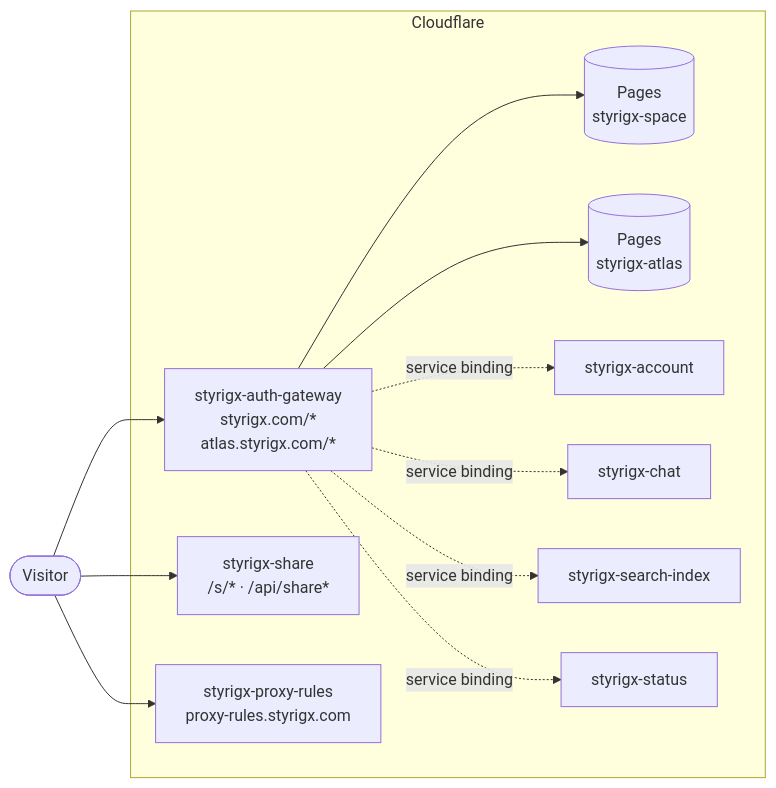
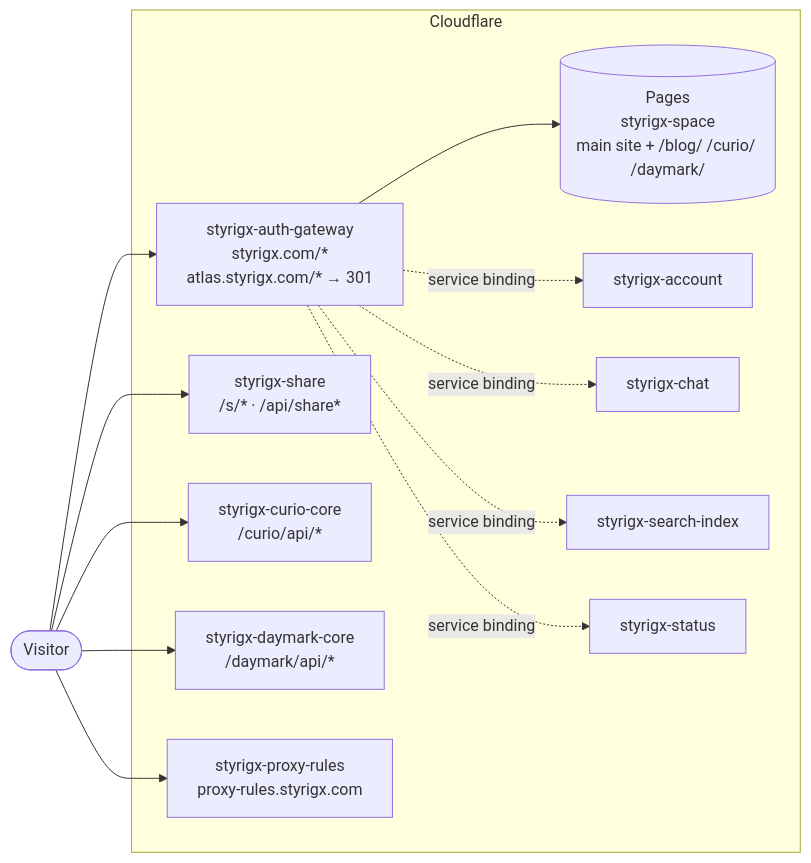
Before and after one commit to styrigx/styrigx-space: the diagram in README.en.md, drawn with Mermaid. The commit also changed other lines of this file and 104 other files, not shown here.

First line of the commit message:
feat: 合并 PR3：三站由网关按 styrigx.com/<站>/ 前缀分发，atlas.styrigx.com 301，接口 Worker 挂主域名

````diff
--- a/README.en.md
+++ b/README.en.md
@@ -70,17 +70,20 @@
 ```mermaid
 flowchart LR
   V([Visitor]) --> GW
   subgraph CF[Cloudflare]
-    GW[styrigx-auth-gateway<br/>styrigx.com/*<br/>atlas.styrigx.com/*]
+    GW[styrigx-auth-gateway<br/>styrigx.com/*<br/>atlas.styrigx.com/* → 301]
     SH[styrigx-share<br/>/s/* · /api/share*]
-    GW --> P1[(Pages<br/>styrigx-space)]
-    GW --> P2[(Pages<br/>styrigx-atlas)]
+    CC[styrigx-curio-core<br/>/curio/api/*]
+    DC[styrigx-daymark-core<br/>/daymark/api/*]
+    GW --> P1[(Pages<br/>styrigx-space<br/>main site + /blog/ /curio/ /daymark/)]
     GW -. service binding .-> AC[styrigx-account]
     GW -. service binding .-> CH[styrigx-chat]
     GW -. service binding .-> SE[styrigx-search-index]
     GW -. service binding .-> ST[styrigx-status]
     PR[styrigx-proxy-rules<br/>proxy-rules.styrigx.com]
   end
   V --> SH
+  V --> CC
+  V --> DC
   V --> PR
 ```
````
